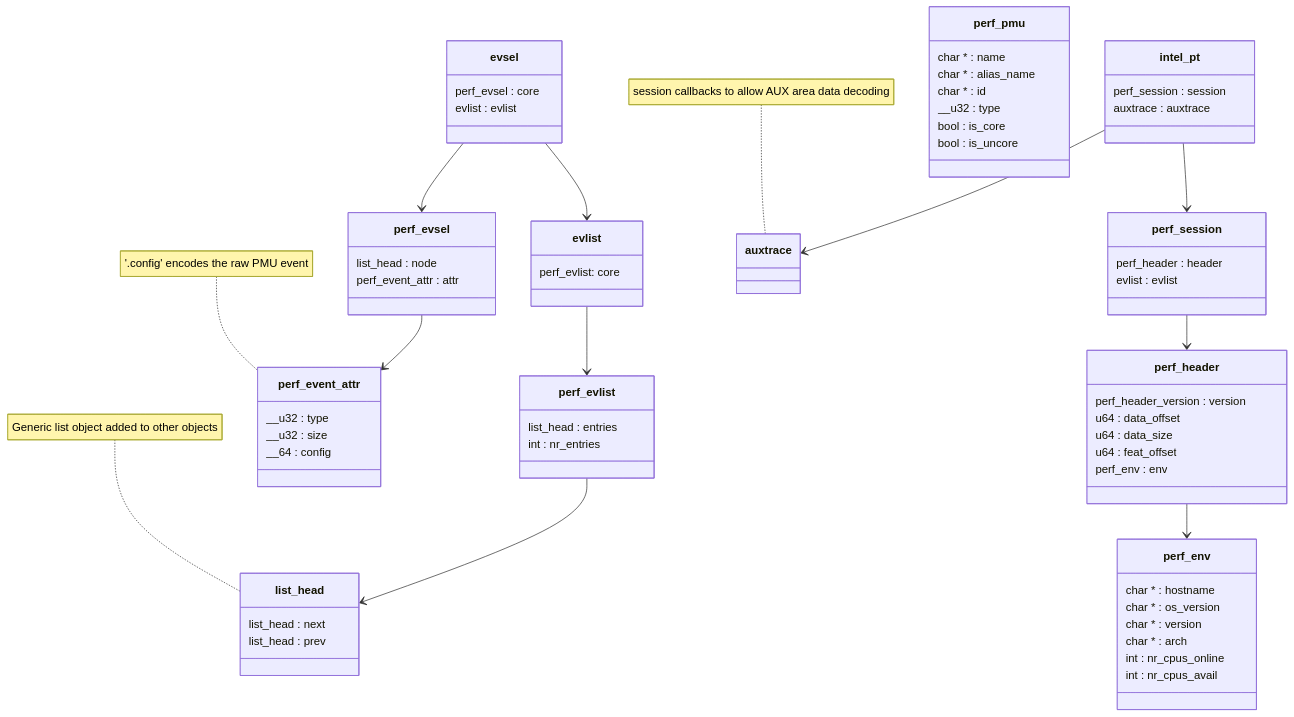
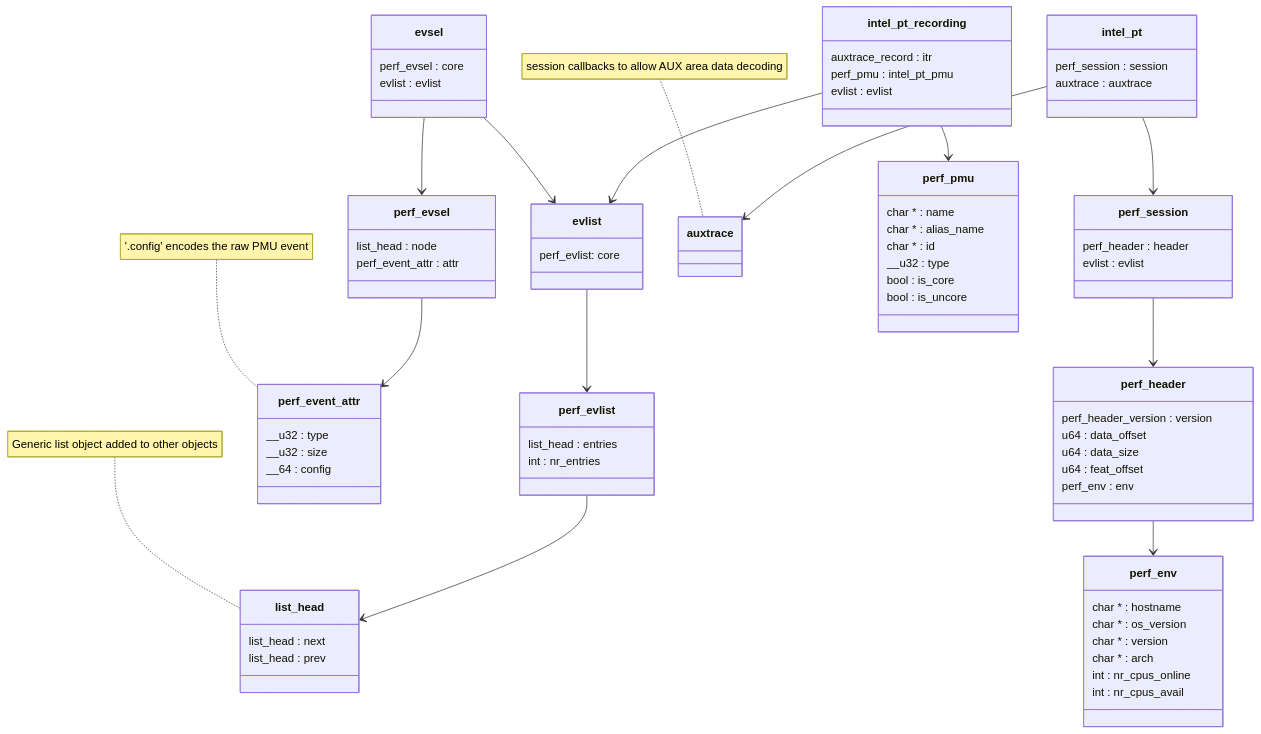
The diagram in mermaid-classes-2.md (jamesodhunt/foo), drawn with Mermaid before and after one commit.

````diff
--- a/mermaid-classes-2.md
+++ b/mermaid-classes-2.md
@@ -63,6 +63,12 @@
       auxtrace : auxtrace      
     }
 
+    class intel_pt_recording {
+      auxtrace_record : itr
+      perf_pmu : intel_pt_pmu
+      evlist : evlist
+    }
+
     class auxtrace {
     }
     note for auxtrace "session callbacks to allow AUX area data decoding"
@@ -88,4 +94,6 @@
     perf_header --> perf_env
     intel_pt --> perf_session
     intel_pt --> auxtrace
+    intel_pt_recording --> perf_pmu
+    intel_pt_recording --> evlist
 ```
````
